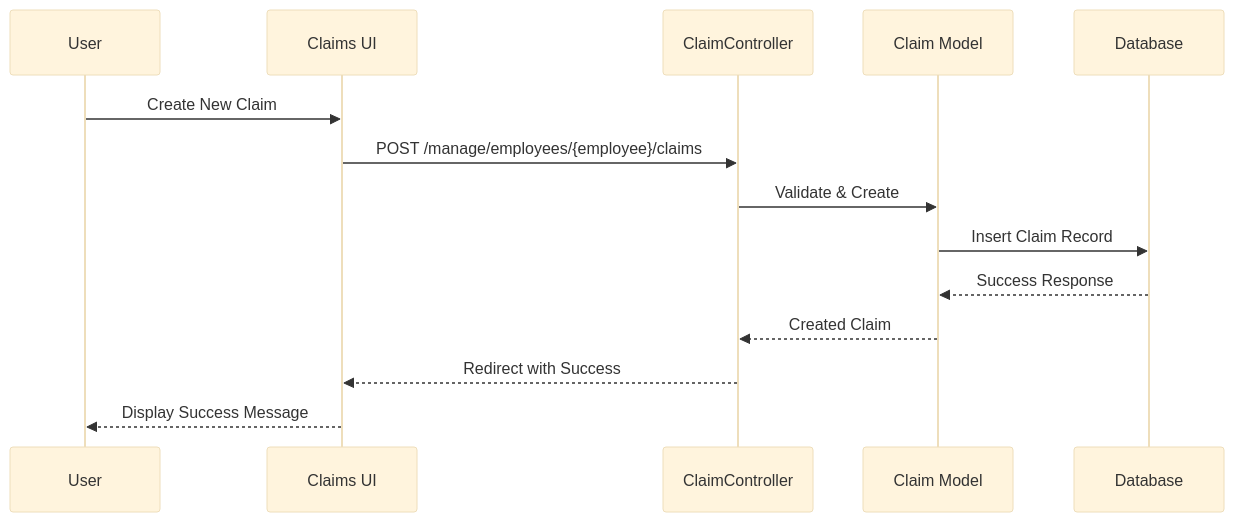
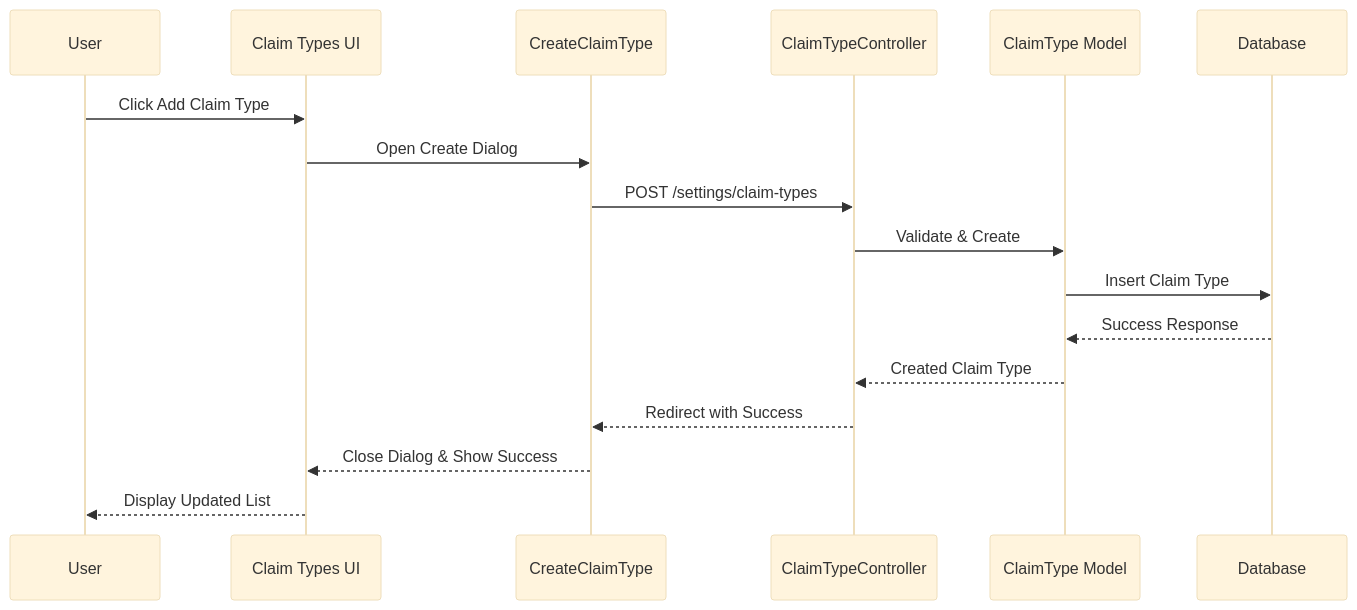
Before and after one commit to vincet0t15/template: the second of 6 diagrams in .qoder/repowiki/en/content/Employee Management/Employee Claims Management.md, drawn with Mermaid (base theme). The commit also changed other lines of this file and 11 other files, not shown here.

````diff
--- a/.qoder/repowiki/en/content/Employee Management/Employee Claims Management.md
+++ b/.qoder/repowiki/en/content/Employee Management/Employee Claims Management.md
@@ -185,16 +196,19 @@
 ```mermaid
 sequenceDiagram
 participant User as User
-participant UI as Claims UI
-participant Controller as ClaimController
-participant Model as Claim Model
+participant UI as Claim Types UI
+participant CreateDialog as CreateClaimType
+participant Controller as ClaimTypeController
+participant Model as ClaimType Model
 participant DB as Database
-User->>UI : Create New Claim
-UI->>Controller : POST /manage/employees/{employee}/claims
+User->>UI : Click Add Claim Type
+UI->>CreateDialog : Open Create Dialog
+CreateDialog->>Controller : POST /settings/claim-types
 Controller->>Model : Validate & Create
-Model->>DB : Insert Claim Record
+Model->>DB : Insert Claim Type
 DB-->>Model : Success Response
-Model-->>Controller : Created Claim
-Controller-->>UI : Redirect with Success
-UI-->>User : Display Success Message
+Model-->>Controller : Created Claim Type
+Controller-->>CreateDialog : Redirect with Success
+CreateDialog-->>UI : Close Dialog & Show Success
+UI-->>User : Display Updated List
 ```
````
